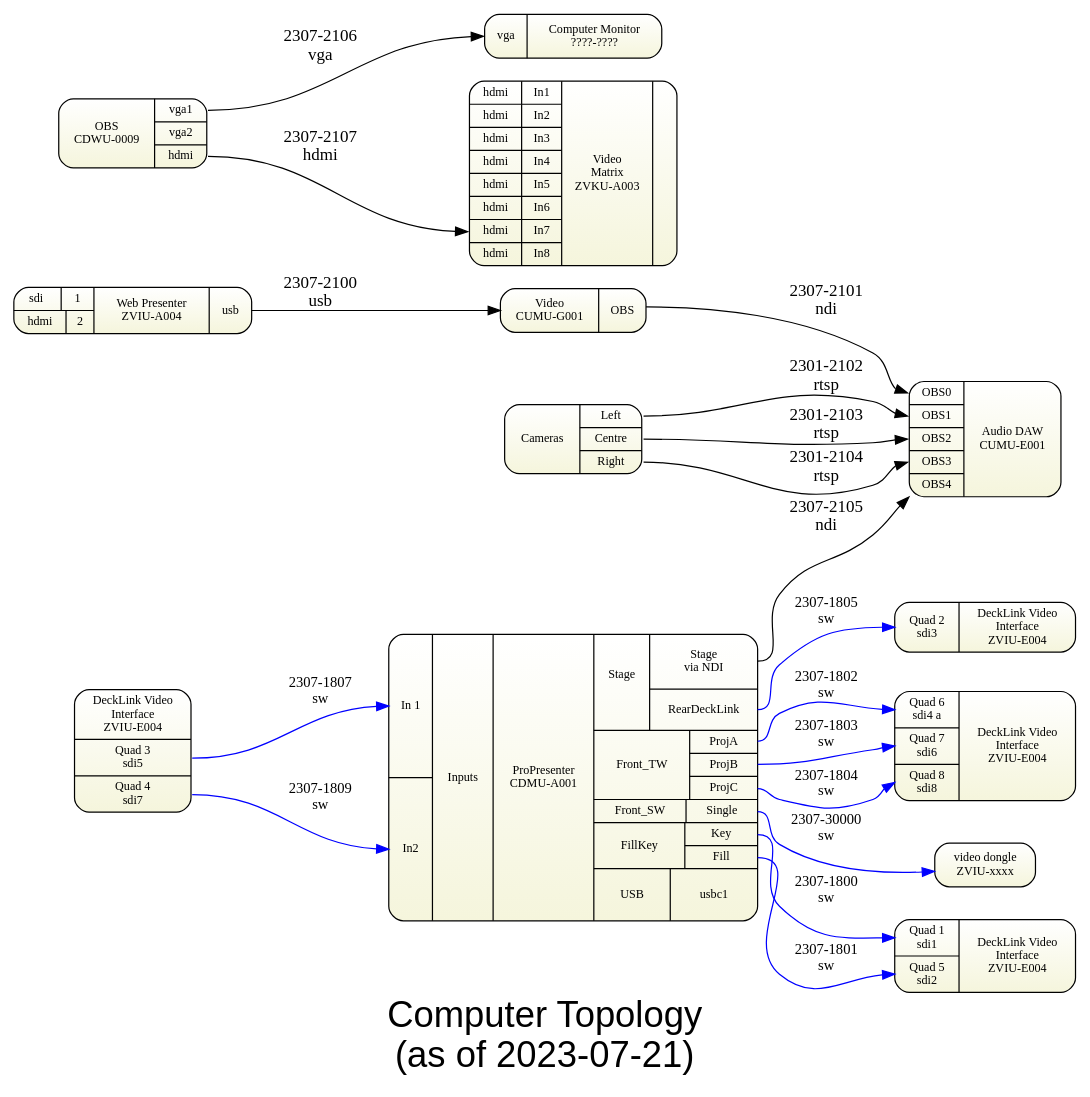
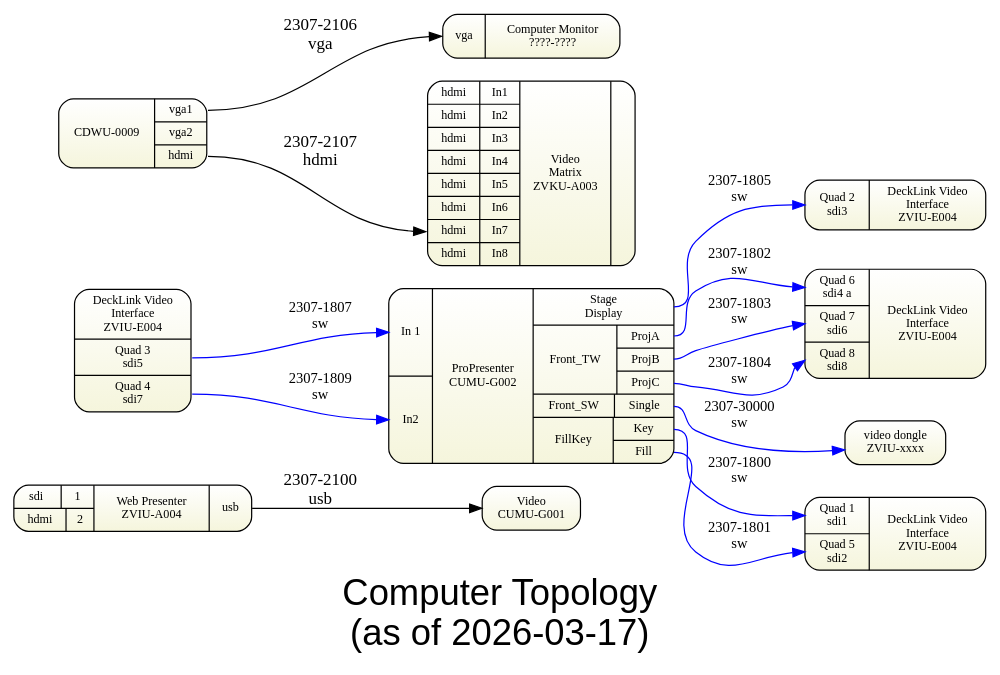
One commit to avmaint/uactechdoc changed the diagram in gv/sdv-topology1-computer.gv. Above: the diagram before and after it, drawn with Graphviz. The commit also changed 3 other files, not shown here.

```diff
--- a/gv/sdv-topology1-computer.gv
+++ b/gv/sdv-topology1-computer.gv
@@ -1,123 +1,113 @@
 digraph topology1 { 
 graph [overlap = true, fontsize = 30, rankdir=LR 
-      label="Computer Topology\n(as of 2023-07-21)",
+      label="Computer Topology\n(as of 2026-03-17)",
       fontname = Helvetica]
 
 node [shape=Mrecord, tooltip="" , fontsize = 10, 
       fillcolor="white:beige" , style=filled  
       gradientangle=270]
       
-cumug001 [label="{{Video\nCUMU-G001}| OBS} "]
-cumue001 [label="{{<obs0>OBS0|<obs1>OBS1|<obs2>OBS2|<obs3>OBS3|<obs4>OBS4}|Audio DAW\nCUMU-E001}"]
-
-cameras [label=" {{Cameras}| {<l>Left|<c>Centre|<r>Right}} "]
-
+cumug001 [label="{{Video\nCUMU-G001}} "]
+ 
 zviua004 -> cumug001:usbin [label="2307-2100\nusb"]
-
-cumug001  -> cumue001:obs0 [label="2307-2101\nndi"] 
-cameras:l -> cumue001:obs1 [label="2301-2102\nrtsp"]
-cameras:c -> cumue001:obs2 [label="2301-2103\nrtsp"]
-cameras:r -> cumue001:obs3 [label="2301-2104\nrtsp"]
-cdmua001:sdndi -> cumue001:obs [label="2307-2105\nndi"  ]
-
-cdmua001  [ label="
+  
+cumug002  [ label="
 {  
-    { <in1> In 1  | <in2> In2 }  | Inputs   
-| {ProPresenter\nCDMU-A001}   
-| {
-  { \n\nStage\n\n\n\n | { <sdndi> Stage\nvia NDI |  <sd> RearDeckLink  } } 
+   { <in1> In 1  | <in2> In2 }   
+| {ProPresenter\nCUMU-G002}   
+| {{
+  { <sd> Stage\nDisplay } } 
 
  | {  Front_TW | { <pa> ProjA  | <pb> ProjB | <pc> ProjC }   } 	
 | { Front_SW | { <hdmi> Single }   }
  
 | { FillKey | { <k> Key  | <f> Fill }   }
  
-| { \nUSB\n\n |  {<usbc1>usbc1  } }
-}}}"]; 
+ 
+}}}}"]; 
 
 adapter [label="video dongle\nZVIU-xxxx"]
 
 zviue004tw [  label="
 {{   
   <c4> Quad 6\nsdi4 a
 | <c6> Quad 7\nsdi6
 | <c8> Quad 8\nsdi8 
   
 }
 | DeckLink Video\nInterface\nZVIU-E004 
  }
 "];   
 
 zviue004in [  label="
  DeckLink Video\nInterface\nZVIU-E004 | 
 {{ 
   <c5> Quad 3\nsdi5
 | <c7> Quad 4\nsdi7
 }} 
 "]; 
 
  zviue004kf [   label="
  DeckLink Video\nInterface\nZVIU-E004 | 
 {{ 
   <c1> Quad 1\nsdi1 
 | <c2> Quad 5\nsdi2
 }} 
 "];   
 
 zviue004sd [  label="
 {
 {  
   <c3> Quad 2\nsdi3 
 } 
 |  DeckLink Video\nInterface\nZVIU-E004}  
 "]; 
       
 zvkua003 [label="{
   {{<i1>hdmi|In1}|{<i2>hdmi|In2}|{<i3>hdmi|In3}|{<i4>hdmi|In4}|{<i5>hdmi|In5}|{<i6>hdmi|In6}|{<i7>hdmi|In7}|{<i8>hdmi|In8}}
   |{Video\nMatrix\nZVKU-A003}|
   {  } }"]
     
-cdwu0009 [label="{{OBS\nCDWU-0009}|{<vga1>vga1|<vga2>vga2|<hdmi>hdmi}}"]
+cdwu0009 [label="{{CDWU-0009}|{<vga1>vga1|<vga2>vga2|<hdmi>hdmi}}"]
 
 zviue004in [  label="
  DeckLink Video\nInterface\nZVIU-E004 | 
 {{ 
   <c5> Quad 3\nsdi5
 | <c7> Quad 4\nsdi7
 }} 
 "];  
 
 zviue004kf [  label="
 { 
 {  
   <c1> Quad 1\nsdi1 
 | <c2> Quad 5\nsdi2
 } 
 | DeckLink Video\nInterface\nZVIU-E004 
 }"];   
 
 zviua004 [label="{{ {<i1>sdi&nbsp; |1 }|{<i2>hdmi|2} }|{Web Presenter \n ZVIU-A004}|{<usb>usb}}"]
 
 cdwu0009:vga1  -> b1monitor:i [label="2307-2106\nvga"]
 
 b1monitor [label="{<i>vga|Computer Monitor\n
 	????-????
 }"] 
 
 cdwu0009:hdmi  -> zvkua003:i7 [label="2307-2107\nhdmi"]
 
 subgraph sw_edges { 
 	edge [style="solid", color="blue" fontsize="12pt"]
-cdmua001:k  -> zviue004kf:c1   [label="2307-1800\nsw" ]
-cdmua001:f  -> zviue004kf:c2   [label="2307-1801\nsw" ]
-cdmua001:pa -> zviue004tw:c4   [label="2307-1802\nsw" ]
-cdmua001:pb -> zviue004tw:c6   [label="2307-1803\nsw" ]
-cdmua001:pc -> zviue004tw:c8   [label="2307-1804\nsw" ]
-cdmua001:sd -> zviue004sd:c3   [label="2307-1805\nsw" ]
-zviue004in:c5  -> cdmua001 :in1 [label="2307-1807\nsw" ]
-zviue004in:c7  -> cdmua001 :in2 [label="2307-1809\nsw" ]
-cdmua001:hdmi -> adapter        [label="2307-30000\nsw" ]
+cumug002:k  -> zviue004kf:c1   [label="2307-1800\nsw" ]
+cumug002:f  -> zviue004kf:c2   [label="2307-1801\nsw" ]
+cumug002:pa -> zviue004tw:c4   [label="2307-1802\nsw" ]
+cumug002:pb -> zviue004tw:c6   [label="2307-1803\nsw" ]
+cumug002:pc -> zviue004tw:c8   [label="2307-1804\nsw" ]
+cumug002:sd -> zviue004sd:c3   [label="2307-1805\nsw" ]
+zviue004in:c5  -> cumug002 :in1 [label="2307-1807\nsw" ]
+zviue004in:c7  -> cumug002 :in2 [label="2307-1809\nsw" ]
+cumug002:hdmi -> adapter        [label="2307-30000\nsw" ]
 
 }
-
 } 
```
